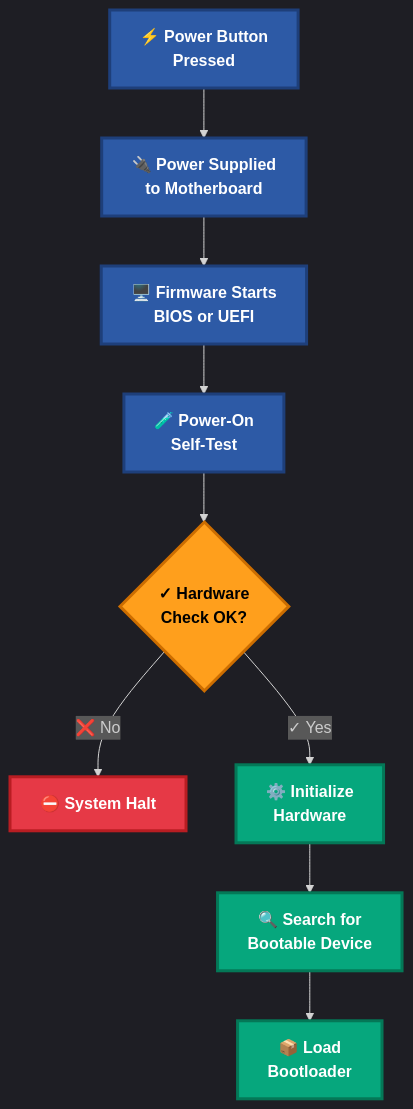
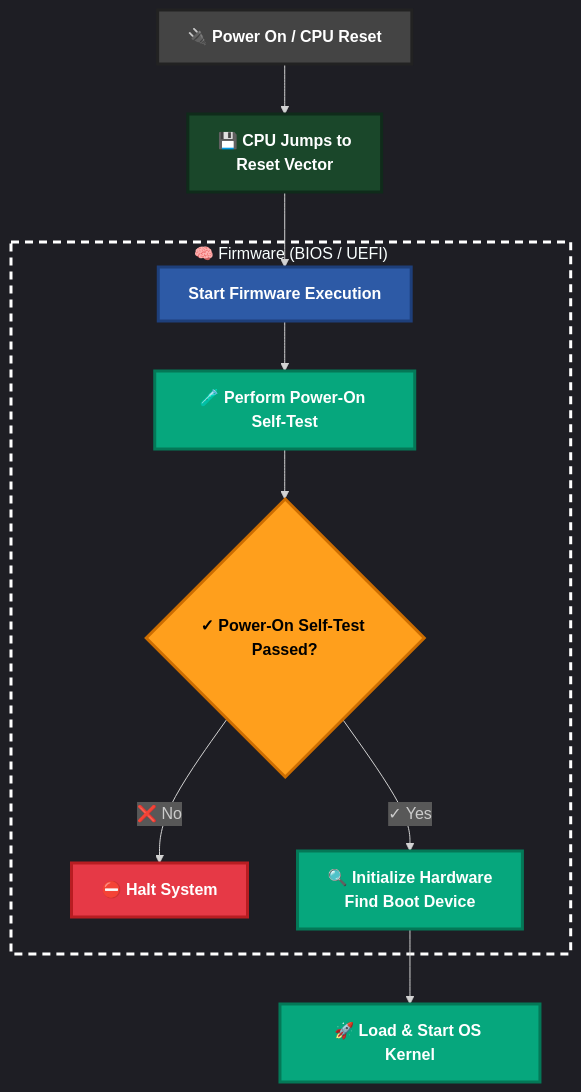
One commit to prabhavdogra/prabhavdogra.github.io changed the diagram in src/content/blog/boot-me-maybe-os-in-rust.md. Above: the diagram before and after it, drawn with Mermaid. The commit also changed other lines of this file, not shown here.

````diff
--- a/src/content/blog/boot-me-maybe-os-in-rust.md
+++ b/src/content/blog/boot-me-maybe-os-in-rust.md
@@ -173,22 +131,30 @@
 ```mermaid
 %%{init: {'flowchart': {'htmlLabels': true}, 'theme': 'dark'}}%%
 flowchart TD
-    A["⚡ Power Button<br/>Pressed"] --> B["🔌 Power Supplied<br/>to Motherboard"]
-    B --> C["🖥️ Firmware Starts<br/>BIOS or UEFI"]
-    C --> D["🧪 Power-On<br/>Self-Test"]
-    D --> E{"✓ Hardware<br/>Check OK?"}
-    E -->|❌ No| F["⛔ System Halt"]
-    E -->|✓ Yes| G["⚙️ Initialize<br/>Hardware"]
-    G --> H["🔍 Search for<br/>Bootable Device"]
-    H --> I["📦 Load<br/>Bootloader"]
-    
-    style A fill:#2d5aa6,stroke:#1e3f7a,stroke-width:3px,color:#fff,font-weight:bold
-    style B fill:#2d5aa6,stroke:#1e3f7a,stroke-width:3px,color:#fff,font-weight:bold
+    A["🔌 Power On / CPU Reset"] --> B["💾 CPU Jumps to<br/>Reset Vector"]
+
+    subgraph FW["🧠 Firmware (BIOS / UEFI)"]
+        C["Start Firmware Execution"]
+        D["🧪 Perform Power-On Self-Test"]
+        E{"✓ Power-On Self-Test Passed?"}
+        F["⛔ Halt System"]
+        G["🔍 Initialize Hardware<br/>Find Boot Device"]
+    end
+
+    B --> C
+    C --> D
+    D --> E
+    E -->|❌ No| F
+    E -->|✓ Yes| G
+    G --> H["🚀 Load & Start OS Kernel"]
+
+    style FW fill:none,stroke:#ffffff,stroke-width:3px,stroke-dasharray: 8 6
+    style A fill:#444,stroke:#222,stroke-width:3px,color:#fff,font-weight:bold
+    style B fill:#1a472a,stroke:#0f2b1a,stroke-width:3px,color:#fff,font-weight:bold
     style C fill:#2d5aa6,stroke:#1e3f7a,stroke-width:3px,color:#fff,font-weight:bold
-    style D fill:#2d5aa6,stroke:#1e3f7a,stroke-width:3px,color:#fff,font-weight:bold
+    style D fill:#06a77d,stroke:#047857,stroke-width:3px,color:#fff,font-weight:bold
     style E fill:#ff9f1c,stroke:#cc6d00,stroke-width:3px,color:#000,font-weight:bold
     style F fill:#e63946,stroke:#b81d22,stroke-width:3px,color:#fff,font-weight:bold
     style G fill:#06a77d,stroke:#047857,stroke-width:3px,color:#fff,font-weight:bold
     style H fill:#06a77d,stroke:#047857,stroke-width:3px,color:#fff,font-weight:bold
-    style I fill:#06a77d,stroke:#047857,stroke-width:3px,color:#fff,font-weight:bold
 ```
````
